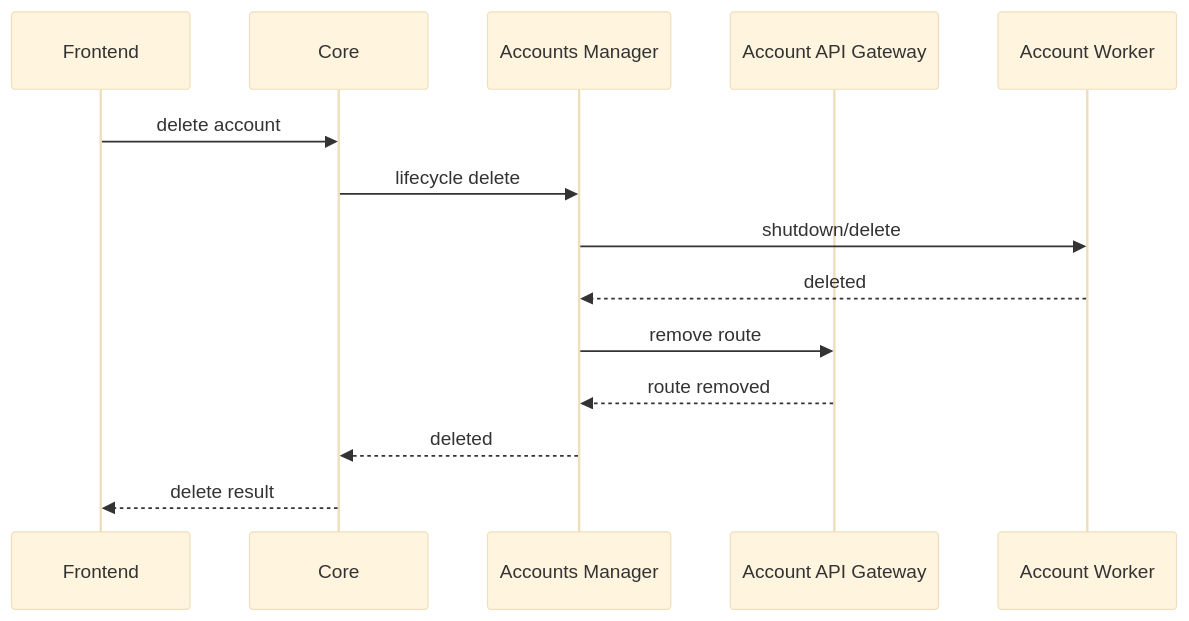
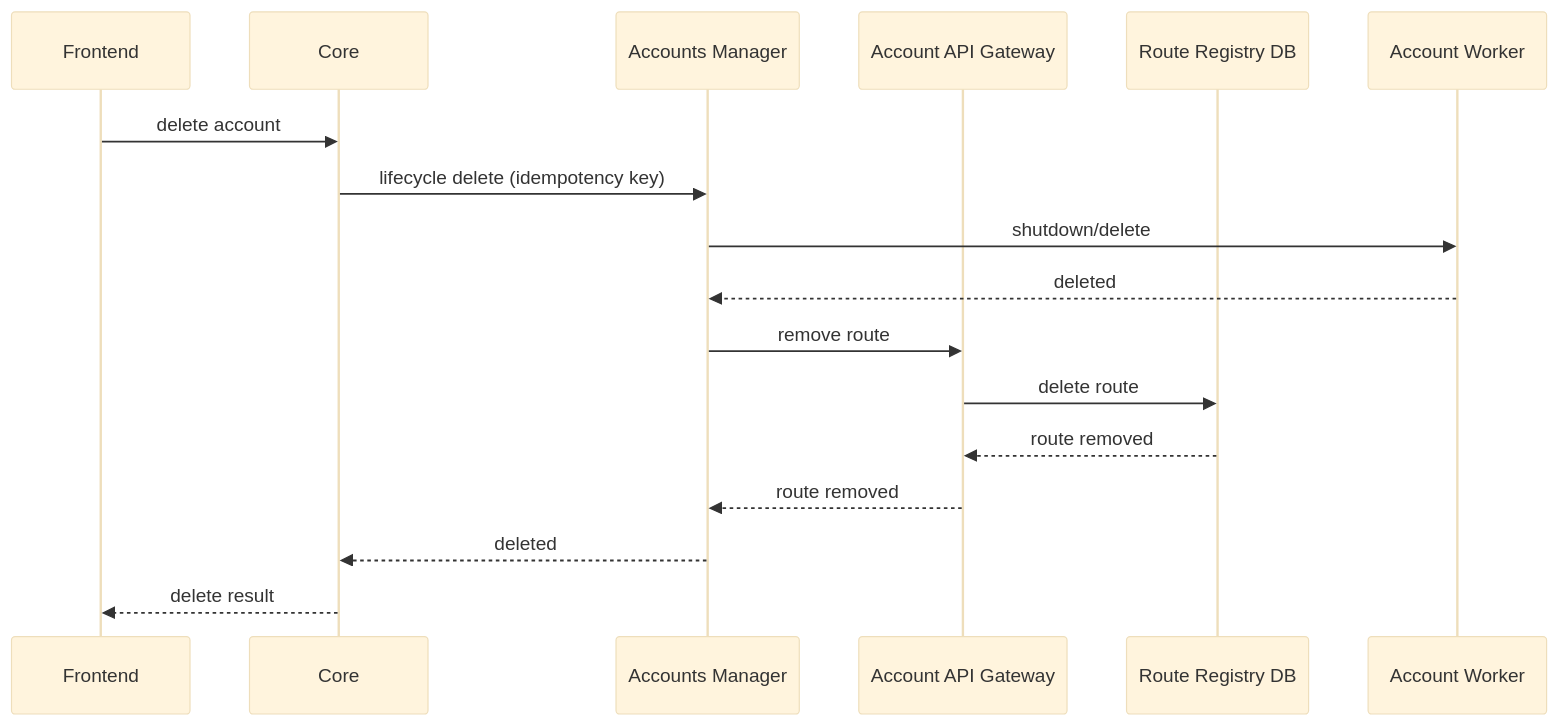
One commit to yakoodev/DigitalDealsCRM changed the third of 8 diagrams in docs/architecture_draft/09-data-flows.md. Above: the diagram before and after it, drawn with Mermaid (base theme). The commit also changed other lines of this file and 34 other files, not shown here.

Commit message:
docs: consolidate architecture package and add OpenAPI governance

````diff
--- a/docs/architecture_draft/09-data-flows.md
+++ b/docs/architecture_draft/09-data-flows.md
@@ -48,17 +54,20 @@
 ```mermaid
 sequenceDiagram
     participant FE as Frontend
     participant CORE as Core
     participant AM as Accounts Manager
     participant GATE as Account API Gateway
+    participant RDB as Route Registry DB
     participant W as Account Worker
 
     FE->>CORE: delete account
-    CORE->>AM: lifecycle delete
+    CORE->>AM: lifecycle delete (idempotency key)
     AM->>W: shutdown/delete
     W-->>AM: deleted
     AM->>GATE: remove route
+    GATE->>RDB: delete route
+    RDB-->>GATE: route removed
     GATE-->>AM: route removed
     AM-->>CORE: deleted
     CORE-->>FE: delete result
 ```
````
